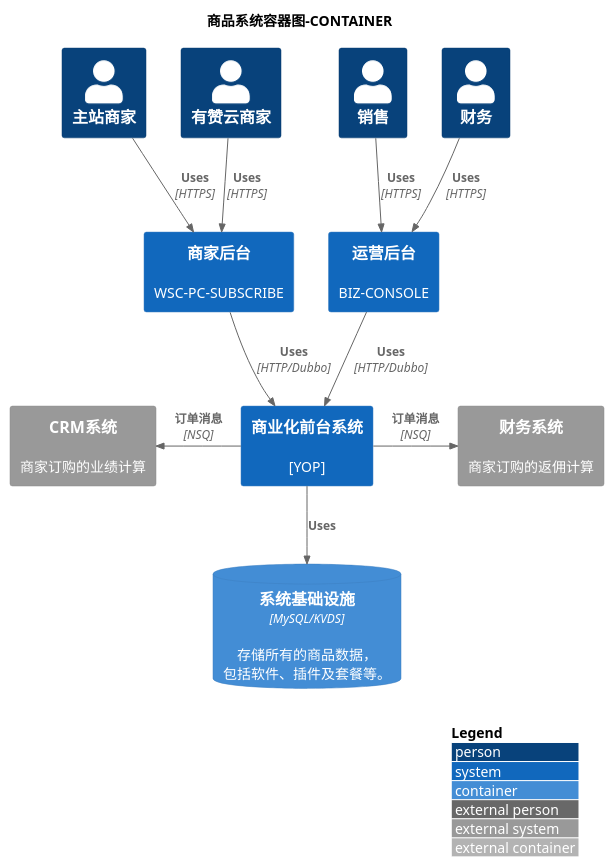
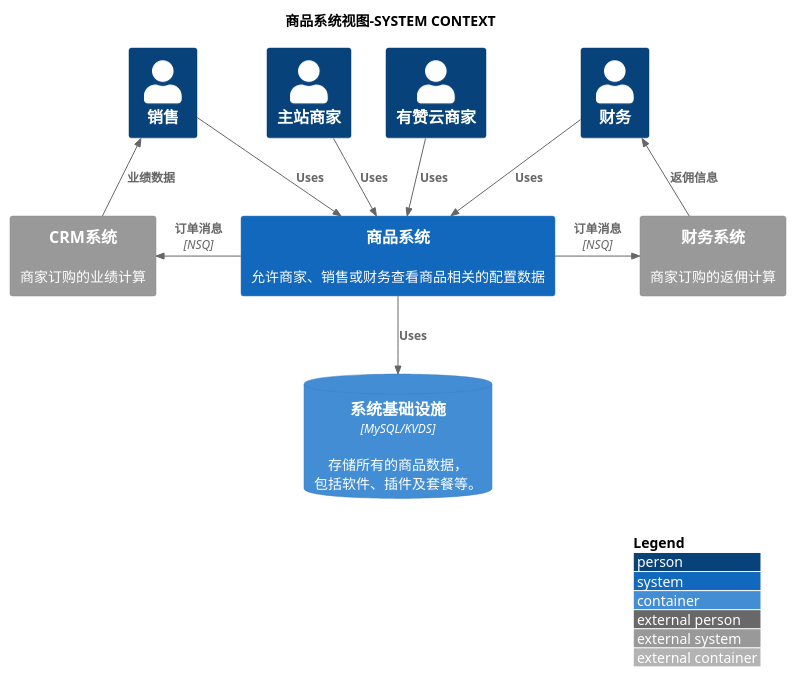
Before and after one commit to VectorYao/LeetCode: the diagram in src/main/java/com/place/yao/plantUML/C4-Goods/Container.puml, drawn with PlantUML. The commit also changed 6 other files, not shown here.

Commit message:
change uml

```diff
--- a/src/main/java/com/place/yao/plantUML/C4-Goods/Container.puml
+++ b/src/main/java/com/place/yao/plantUML/C4-Goods/Container.puml
@@ -1,30 +1,29 @@
 @startuml Container
 !includeurl https://raw.githubusercontent.com/RicardoNiepel/C4-PlantUML/release/1-0/C4_Container.puml
 
 
-title 商品系统容器图-CONTAINER
+title 商品系统视图-SYSTEM CONTEXT
 LAYOUT_WITH_LEGEND()
 
 Person(主站商家, "主站商家", "")
 Person(有赞云商家, "有赞云商家", "")
 Person(销售, "销售", "")
 Person(财务, "财务", "")
 
-System(商家后台, "商家后台", "WSC-PC-SUBSCRIBE")
-System(运营后台, "运营后台", "BIZ-CONSOLE")
-System(商业化前台系统, "商业化前台系统", "[YOP]")
+System(商品系统, "商品系统", "允许商家、销售或财务查看商品相关的配置数据")
 System_Ext(CRM系统, "CRM系统", "商家订购的业绩计算")
 System_Ext(财务系统, "财务系统", "商家订购的返佣计算")
 ContainerDb(系统基础设施, "系统基础设施", "MySQL/KVDS","存储所有的商品数据，包括软件、插件及套餐等。")
 
-Rel(主站商家, 商家后台, "Uses", "HTTPS")
-Rel(有赞云商家, 商家后台, "Uses", "HTTPS")
-Rel(销售, 运营后台, "Uses", "HTTPS")
-Rel(财务, 运营后台, "Uses", "HTTPS")
-Rel(商家后台, 商业化前台系统, "Uses", "HTTP/Dubbo")
-Rel(运营后台, 商业化前台系统, "Uses", "HTTP/Dubbo")
+Rel(主站商家, 商品系统, "Uses")
+Rel(有赞云商家, 商品系统, "Uses")
+Rel(销售, 商品系统, "Uses")
+Rel(财务, 商品系统, "Uses")
+Rel_Back(销售, CRM系统, "业绩数据")
+Rel_Back(财务, 财务系统, "返佣信息")
 
-Rel_L(商业化前台系统, CRM系统, "订单消息", "NSQ")
-Rel_R(商业化前台系统, 财务系统, "订单消息", "NSQ")
-Rel(商业化前台系统, 系统基础设施, "Uses")
+Rel_L(商品系统, CRM系统, "订单消息", "NSQ")
+Rel_R(商品系统, 财务系统, "订单消息", "NSQ")
+Rel(商品系统, 系统基础设施, "Uses")
+
 @enduml
```
